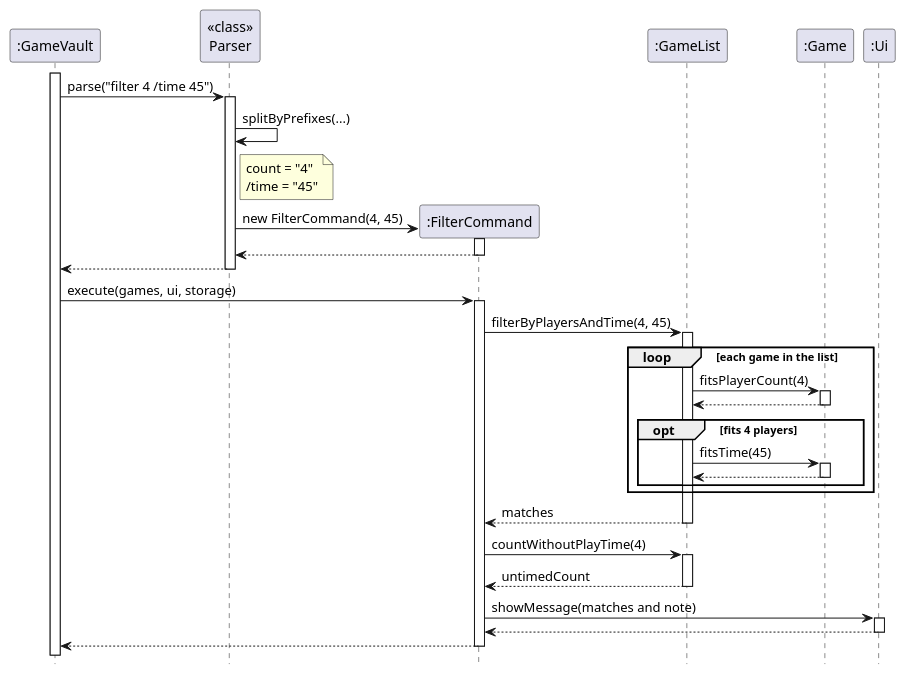
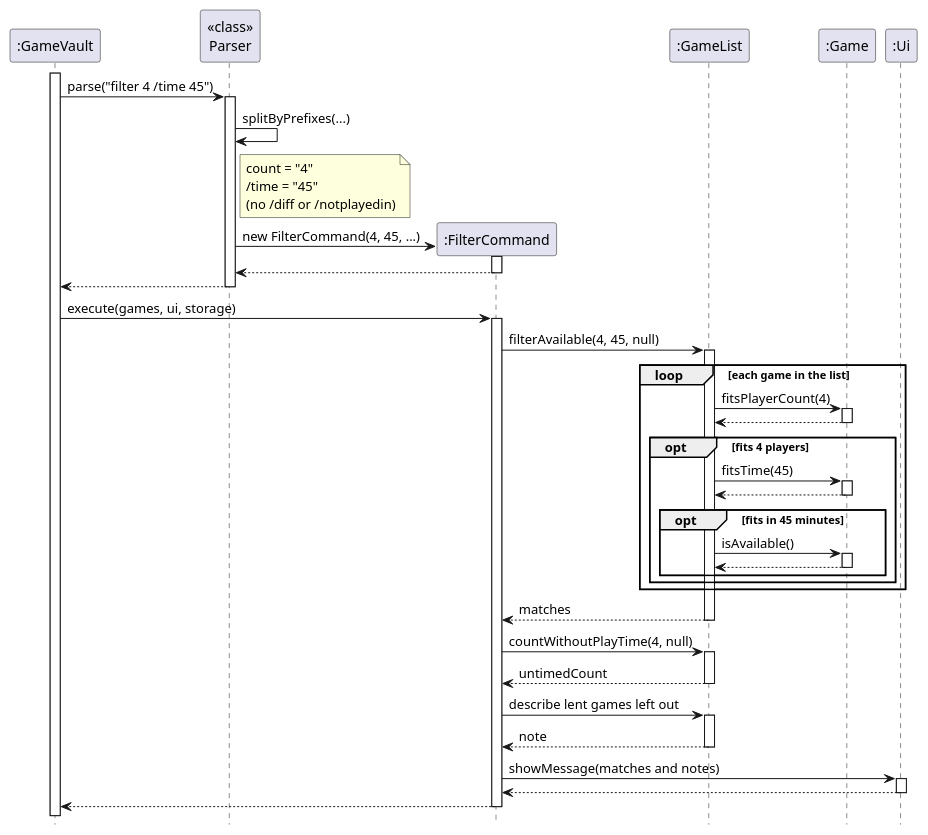
One commit to AY2627S1-CS2113-T11-4/tp changed the diagram in docs/diagrams/FilterSequence.puml. Above: the diagram before and after it, drawn with PlantUML. The commit also changed 3 other files, not shown here.

```diff
--- a/docs/diagrams/FilterSequence.puml
+++ b/docs/diagrams/FilterSequence.puml
@@ -1,58 +1,70 @@
 @startuml
-' Running "filter 4 /time 45": finding games for 4 players that take 45 minutes or less
+' Running "filter 4 /time 45": finding available games for 4 players that take 45 minutes or less
 hide footbox
 
 participant ":GameVault" as GV
 participant "<<class>>\nParser" as P
 participant ":FilterCommand" as FC
 participant ":GameList" as GL
 participant ":Game" as G
 participant ":Ui" as UI
 
 activate GV
 GV -> P : parse("filter 4 /time 45")
 activate P
 P -> P : splitByPrefixes(...)
 note right of P
   count = "4"
   /time = "45"
+  (no /diff or /notplayedin)
 end note
 create FC
-P -> FC : new FilterCommand(4, 45)
+P -> FC : new FilterCommand(4, 45, ...)
 activate FC
 FC --> P
 deactivate FC
 P --> GV
 deactivate P
 
 GV -> FC : execute(games, ui, storage)
 activate FC
-FC -> GL : filterByPlayersAndTime(4, 45)
+FC -> GL : filterAvailable(4, 45, null)
 activate GL
 loop each game in the list
   GL -> G : fitsPlayerCount(4)
   activate G
   G --> GL
   deactivate G
   opt fits 4 players
     GL -> G : fitsTime(45)
     activate G
     G --> GL
     deactivate G
+    opt fits in 45 minutes
+      GL -> G : isAvailable()
+      activate G
+      G --> GL
+      deactivate G
+    end
   end
 end
 GL --> FC : matches
 deactivate GL
 
-FC -> GL : countWithoutPlayTime(4)
+FC -> GL : countWithoutPlayTime(4, null)
 activate GL
 GL --> FC : untimedCount
 deactivate GL
 
-FC -> UI : showMessage(matches and note)
+FC -> GL : describe lent games left out
+activate GL
+GL --> FC : note
+deactivate GL
+
+FC -> UI : showMessage(matches and notes)
 activate UI
 UI --> FC
 deactivate UI
 FC --> GV
 deactivate FC
 @enduml
```
